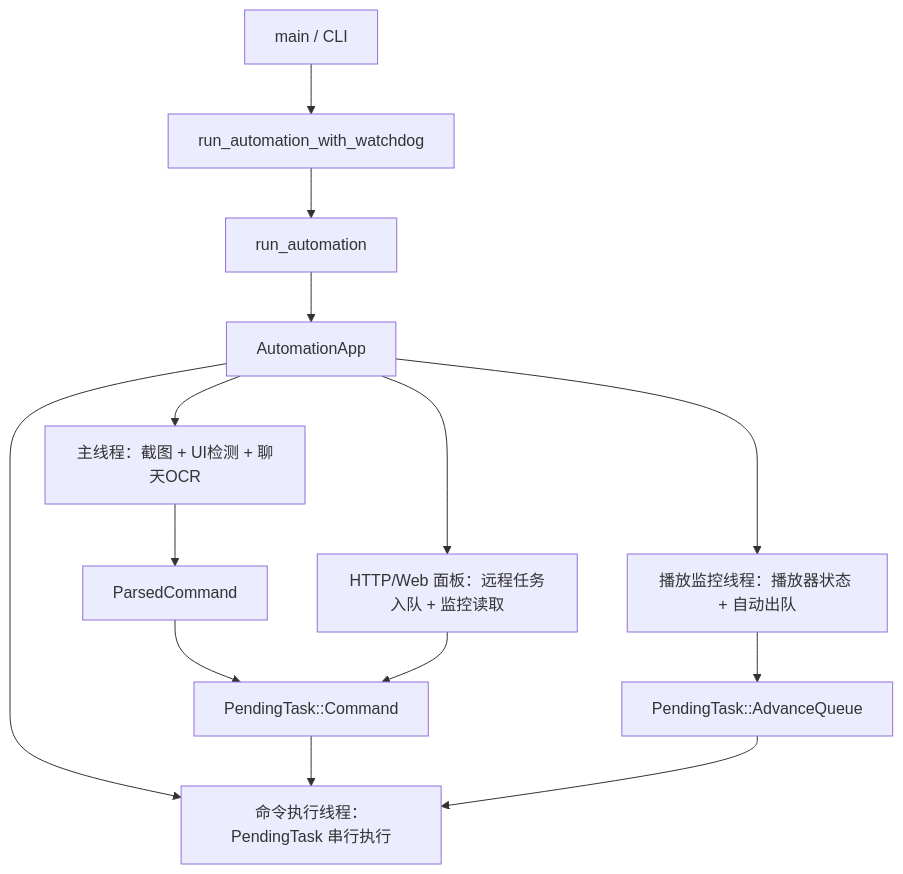
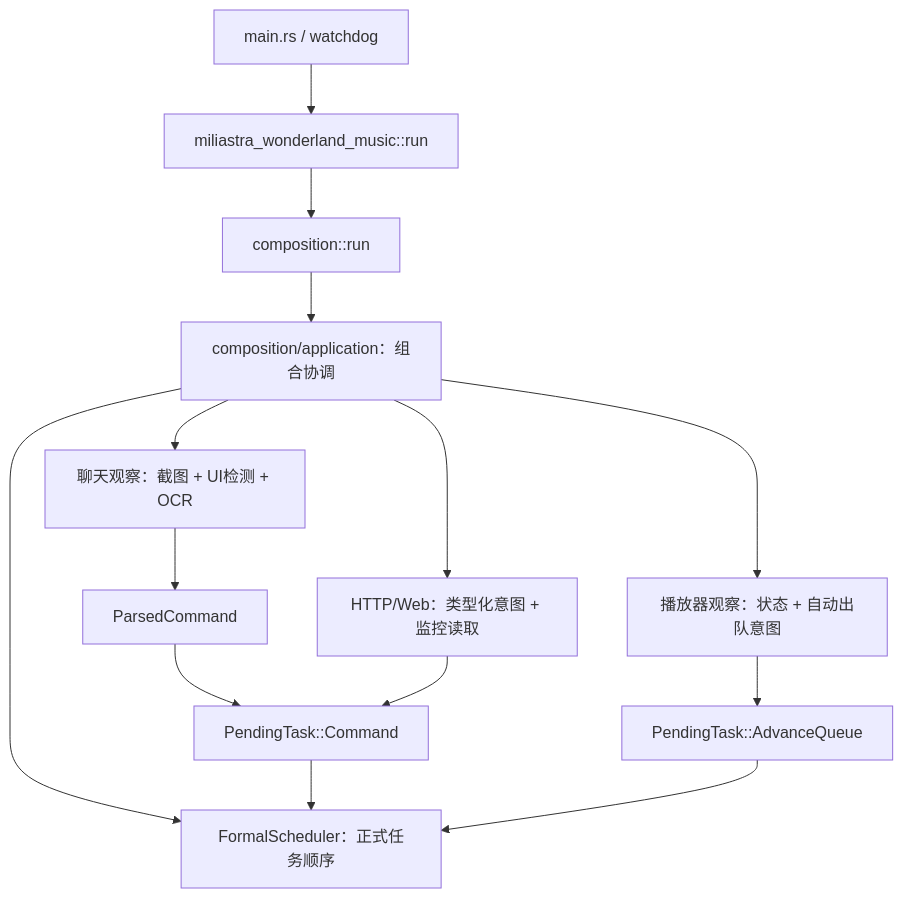
The diagram in docs/code-walkthrough.md (XingNian-www/Miliastra-Wonderland-Music), drawn with Mermaid before and after one commit. The commit also changed other lines of this file and 168 other files, not shown here.

Commit message:
refactor: complete application architecture migration

````diff
--- a/docs/code-walkthrough.md
+++ b/docs/code-walkthrough.md
@@ -9,16 +9,16 @@
 ```mermaid
 flowchart TD
-    A["main / CLI"] --> B["run_automation_with_watchdog"]
-    B --> C["run_automation"]
-    C --> D["AutomationApp"]
-    D --> E["主线程：截图 + UI检测 + 聊天OCR"]
-    D --> F["命令执行线程：PendingTask 串行执行"]
-    D --> G["播放监控线程：播放器状态 + 自动出队"]
-    D --> H["HTTP/Web 面板：远程任务入队 + 监控读取"]
+    A["main.rs / watchdog"] --> B["miliastra_wonderland_music::run"]
+    B --> C["composition::run"]
+    C --> D["composition/application：组合协调"]
+    D --> E["聊天观察：截图 + UI检测 + OCR"]
+    D --> F["FormalScheduler：正式任务顺序"]
+    D --> G["播放器观察：状态 + 自动出队意图"]
+    D --> H["HTTP/Web：类型化意图 + 监控读取"]
     E --> I["ParsedCommand"]
     I --> J["PendingTask::Command"]
     H --> J
     G --> K["PendingTask::AdvanceQueue"]
     J --> F
     K --> F
 ```
````
